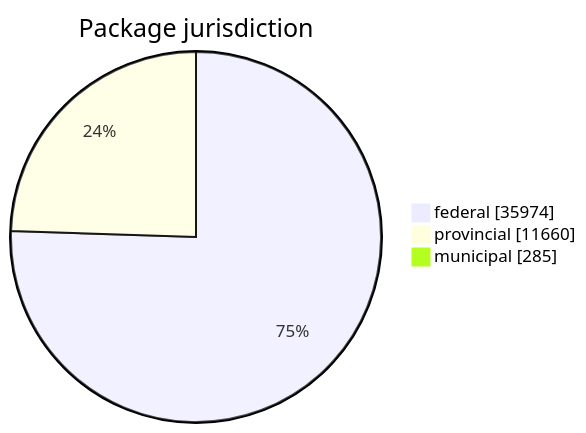
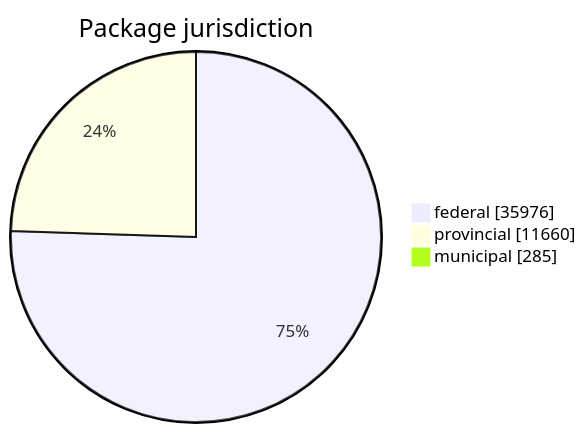
Before and after one commit to open-data/analytics-corporate-reporting: the first of 5 diagrams in FreshCheck/README.md, drawn with Mermaid. The commit also changed other lines of this file and 3 other files, not shown here.

````diff
--- a/FreshCheck/README.md
+++ b/FreshCheck/README.md
@@ -60,6 +60,6 @@
 ```mermaid
 pie showData title Package jurisdiction
-    "federal": 35974
+    "federal": 35976
     "provincial": 11660
     "municipal": 285
 ```
````
